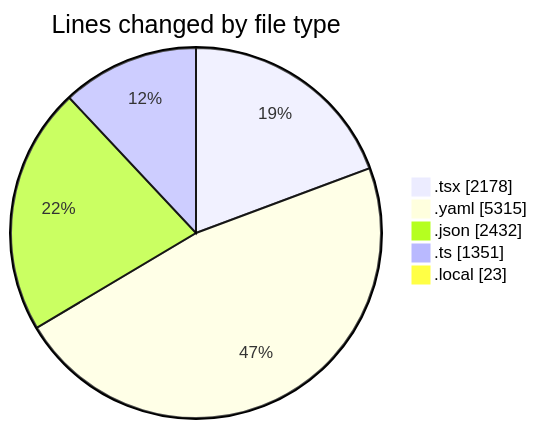
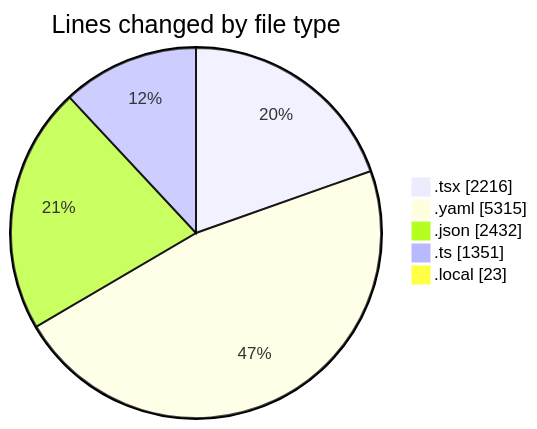
Before and after one commit to julien-gomy/code-tracking: the first of 2 diagrams in 2025-11-07/eventscop-frontend-guide__workspace_/README.md, drawn with Mermaid. The commit also changed other lines of this file and 1 other file, not shown here.

````diff
--- a/2025-11-07/eventscop-frontend-guide__workspace_/README.md
+++ b/2025-11-07/eventscop-frontend-guide__workspace_/README.md
@@ -51,9 +51,9 @@
 ```mermaid
 pie showData
 title Lines changed by file type
-".tsx" : 2178
+".tsx" : 2216
 ".yaml" : 5315
 ".json" : 2432
 ".ts" : 1351
 ".local" : 23
 ```
````
